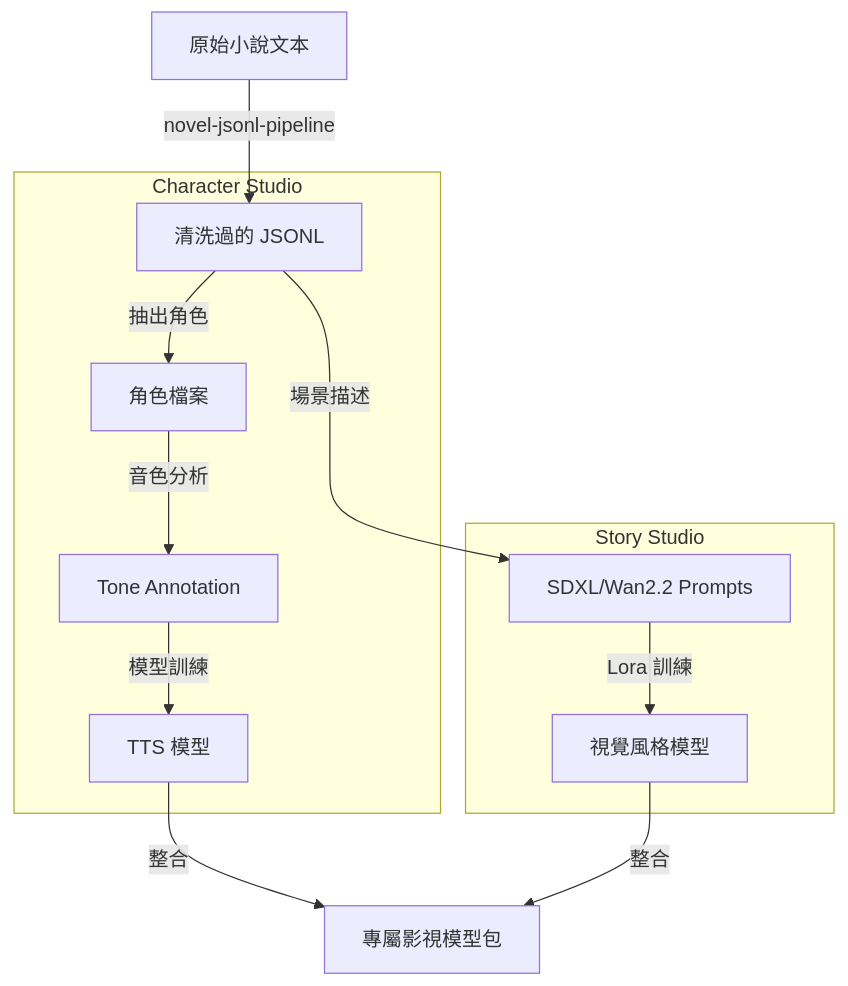
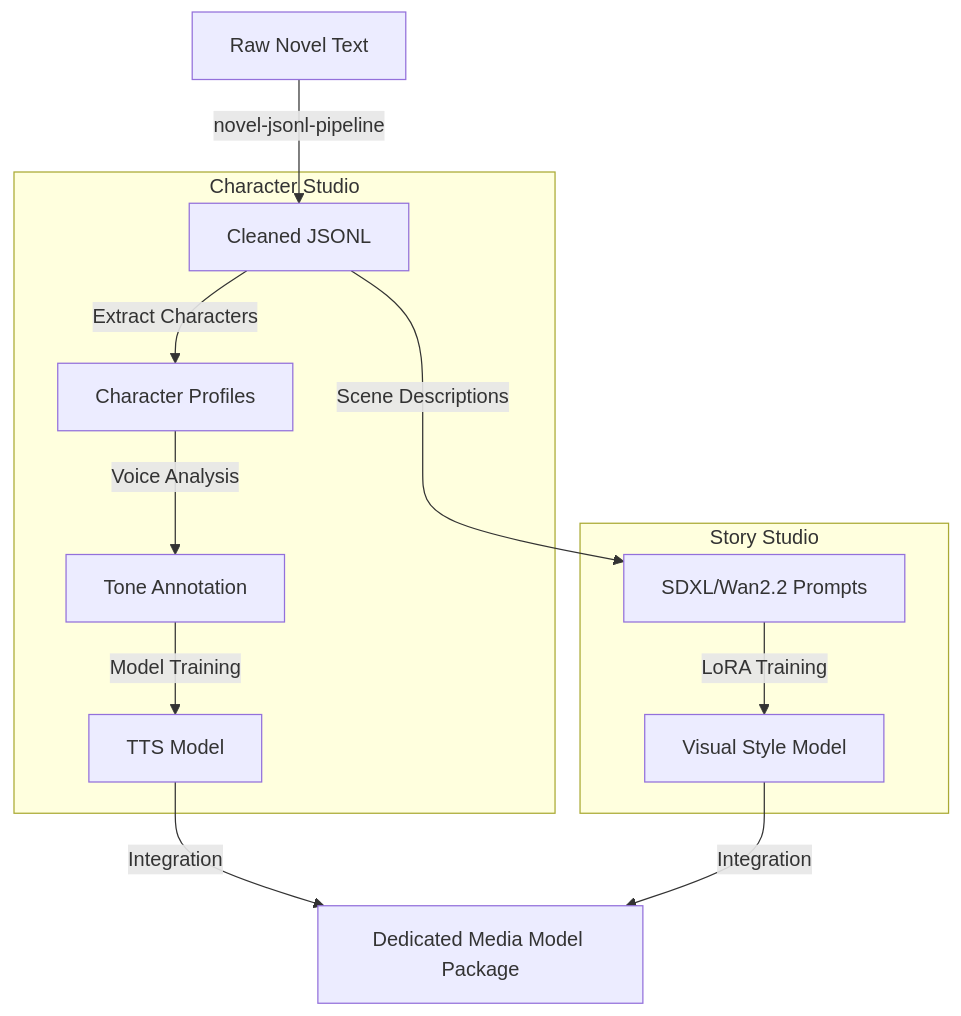
Before and after one commit to AtsushiHarimoto/portfolio: the diagram in public/knowledge/en/12_diagrams/09.Model_Studio_Integration.md, drawn with Mermaid. The commit also changed other lines of this file and 51 other files, not shown here.

First line of the commit message:
feat: remove YouTube hover animation, strip article numbering, translate 11_claude_code + 12_diagrams (EN/JA)

````diff
--- a/public/knowledge/en/12_diagrams/09.Model_Studio_Integration.md
+++ b/public/knowledge/en/12_diagrams/09.Model_Studio_Integration.md
@@ -7,17 +7,17 @@
 ```mermaid
 flowchart TD
-    Raw[原始小說文本] -->| novel-jsonl-pipeline | Clean[清洗過的 JSONL]
+    Raw[Raw Novel Text] -->| novel-jsonl-pipeline | Clean[Cleaned JSONL]
 
     subgraph "Character Studio"
-        Clean -->|抽出角色| Profiles[角色檔案]
-        Profiles -->|音色分析| Tone[Tone Annotation]
-        Tone -->|模型訓練| GPT_SoVITS[TTS 模型]
+        Clean -->|Extract Characters| Profiles[Character Profiles]
+        Profiles -->|Voice Analysis| Tone[Tone Annotation]
+        Tone -->|Model Training| GPT_SoVITS[TTS Model]
     end
 
     subgraph "Story Studio"
-        Clean -->|場景描述| Prompts[SDXL/Wan2.2 Prompts]
-        Prompts -->|Lora 訓練| Visual[視覺風格模型]
+        Clean -->|Scene Descriptions| Prompts[SDXL/Wan2.2 Prompts]
+        Prompts -->|LoRA Training| Visual[Visual Style Model]
     end
 
-    GPT_SoVITS & Visual -->|整合| Final[專屬影視模型包]
+    GPT_SoVITS & Visual -->|Integration| Final[Dedicated Media Model Package]
 ```
````
